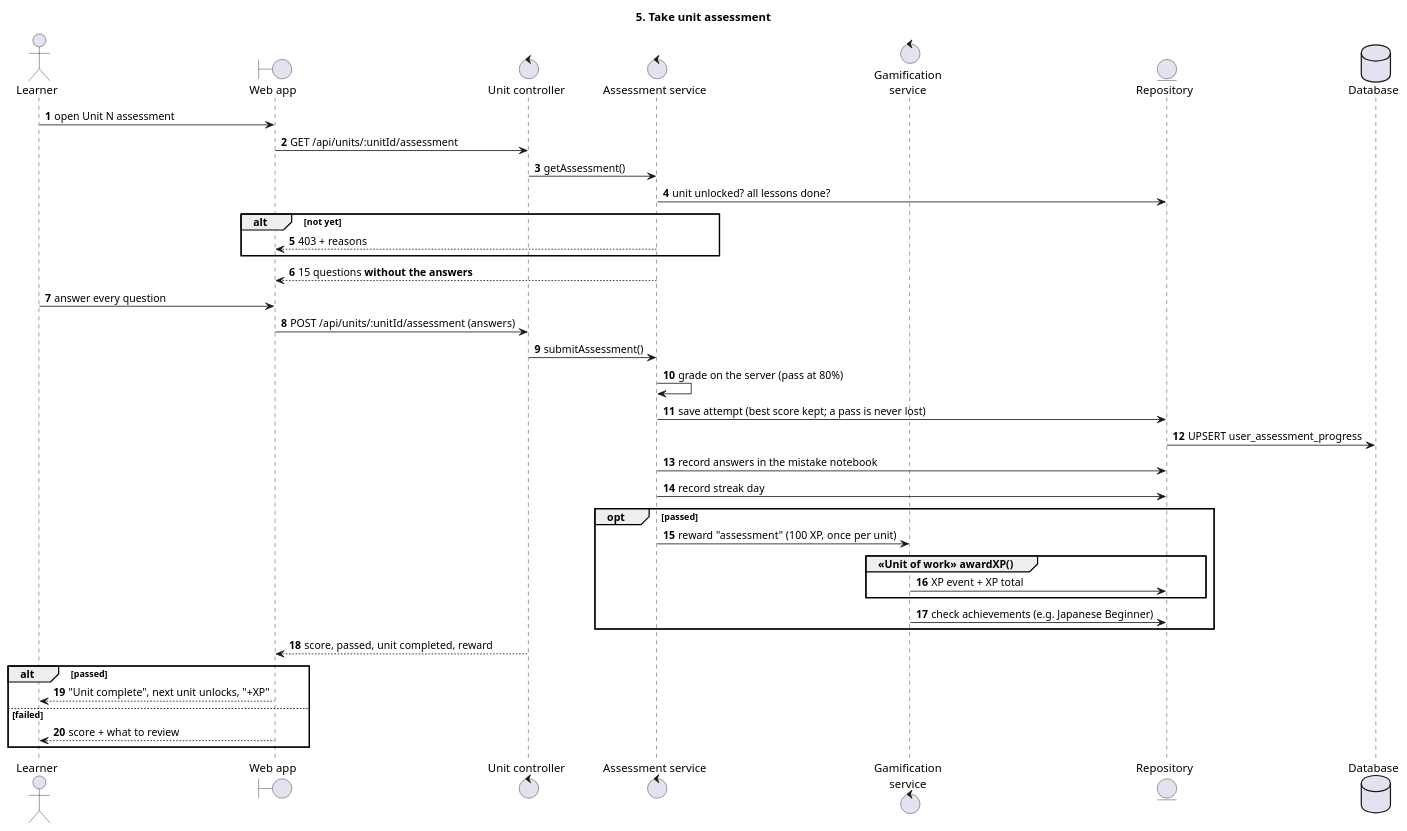
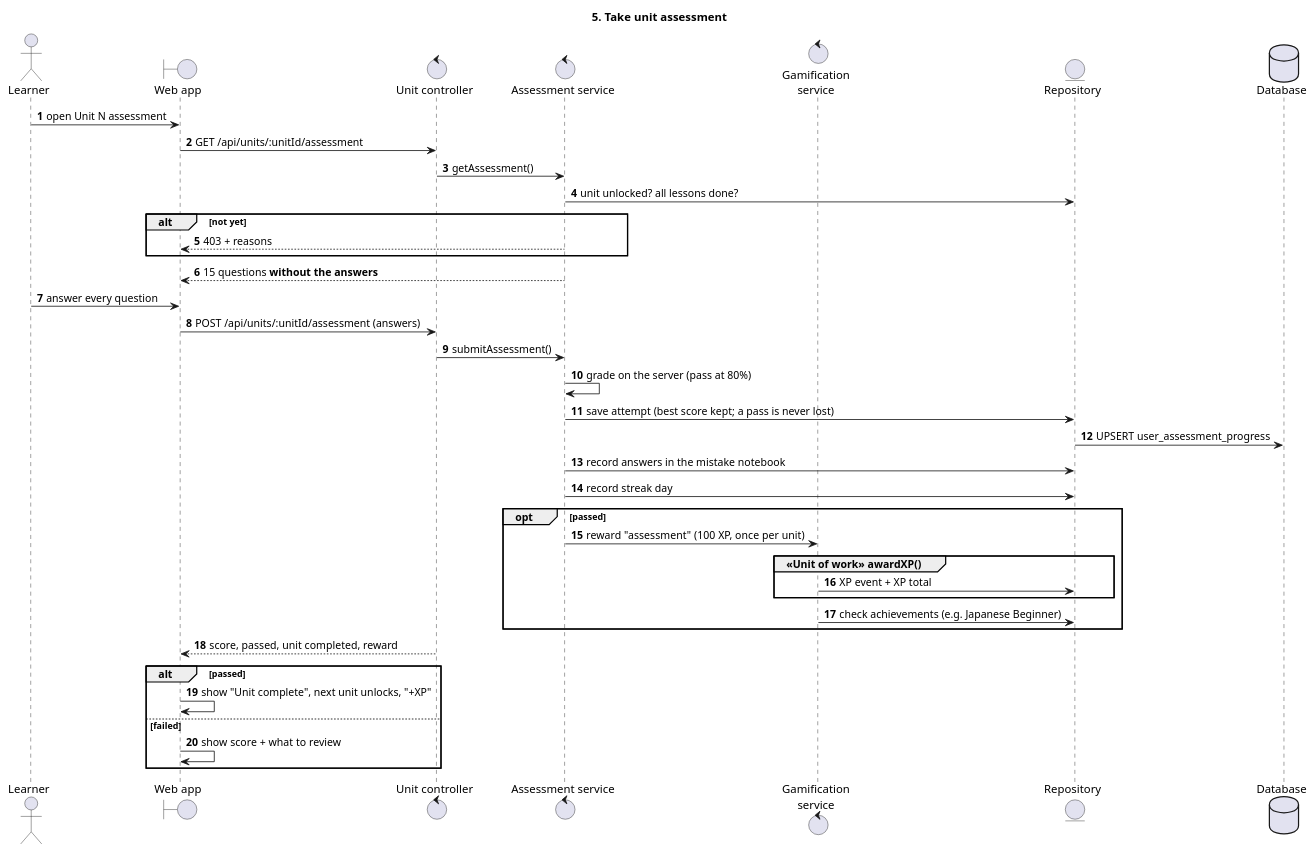
Before and after one commit to BLF2710/Nihongo-Training: the diagram in Diagram/sequence/05-take-unit-assessment.puml, drawn with PlantUML. The commit also changed 94 other files, not shown here.

```diff
--- a/Diagram/sequence/05-take-unit-assessment.puml
+++ b/Diagram/sequence/05-take-unit-assessment.puml
@@ -13,44 +13,44 @@
 @startuml 05 Take unit assessment
 title 5. Take unit assessment
 autonumber
 skinparam sequenceMessageAlign left
 skinparam responseMessageBelowArrow true
 
 actor Learner
 boundary "Web app" as Web
 control "Unit controller" as Ctrl
 control "Assessment service" as Svc
 control "Gamification\nservice" as Gam
 entity "Repository" as Repo
 database "Database" as DB
 
 Learner -> Web : open Unit N assessment
 Web -> Ctrl : GET /api/units/:unitId/assessment
 Ctrl -> Svc : getAssessment()
 Svc -> Repo : unit unlocked? all lessons done?
 alt not yet
   Svc --> Web : 403 + reasons
 end
 Svc --> Web : 15 questions **without the answers**
 Learner -> Web : answer every question
 Web -> Ctrl : POST /api/units/:unitId/assessment (answers)
 Ctrl -> Svc : submitAssessment()
 Svc -> Svc : grade on the server (pass at 80%)
 Svc -> Repo : save attempt (best score kept; a pass is never lost)
 Repo -> DB : UPSERT user_assessment_progress
 Svc -> Repo : record answers in the mistake notebook
 Svc -> Repo : record streak day
 opt passed
   Svc -> Gam : reward "assessment" (100 XP, once per unit)
   group «Unit of work» awardXP()
     Gam -> Repo : XP event + XP total
   end
   Gam -> Repo : check achievements (e.g. Japanese Beginner)
 end
 Ctrl --> Web : score, passed, unit completed, reward
 alt passed
-  Web --> Learner : "Unit complete", next unit unlocks, "+XP"
+  Web -> Web : show "Unit complete", next unit unlocks, "+XP"
 else failed
-  Web --> Learner : score + what to review
+  Web -> Web : show score + what to review
 end
 @enduml
```
